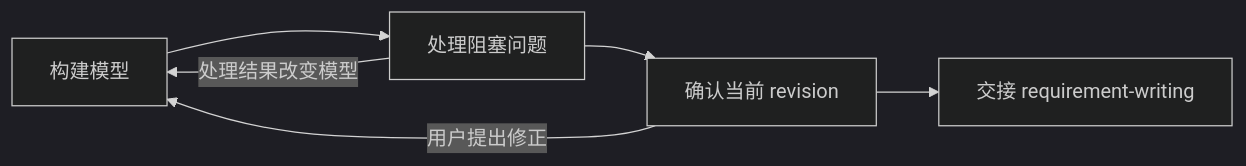
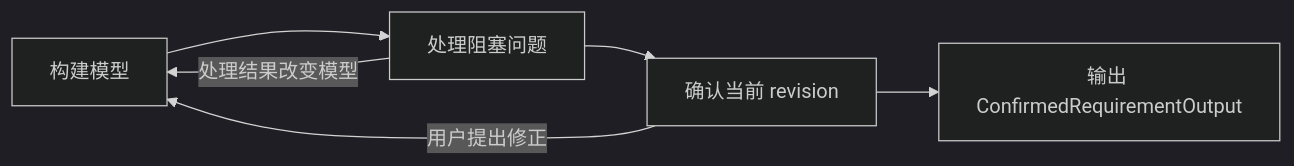
One commit to shirayner/ace changed the third of 3 diagrams in tmpdoc/requirement-understanding-skill-design/design.md. Above: the diagram before and after it, drawn with Mermaid (dark theme). The commit also changed other lines of this file and 17 other files, not shown here.

````diff
--- a/tmpdoc/requirement-understanding-skill-design/design.md
+++ b/tmpdoc/requirement-understanding-skill-design/design.md
@@ -672,9 +687,9 @@
 ```mermaid
 flowchart LR
     A[构建模型] --> B[处理阻塞问题]
     B --> C[确认当前 revision]
-    C --> D[交接 requirement-writing]
+    C --> D[输出 ConfirmedRequirementOutput]
 
     B -->|处理结果改变模型| A
     C -->|用户提出修正| A
 ```
````
